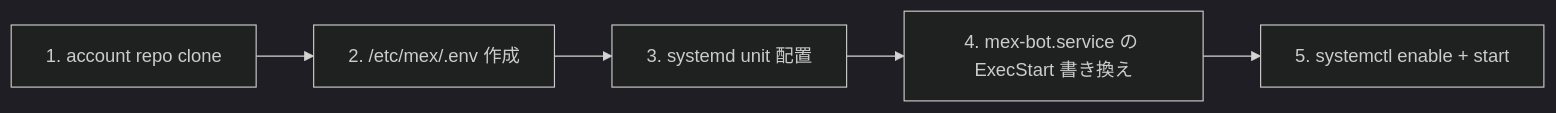
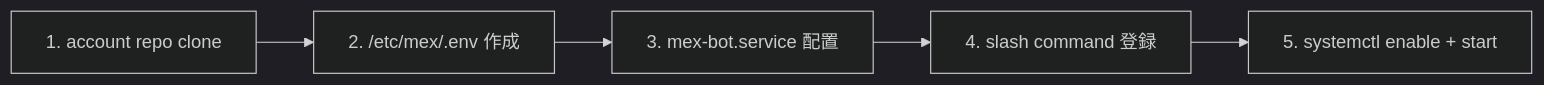
Before and after one commit to zumizumi-3/mex-next: the second of 2 diagrams in docs/operator/10-install.md, drawn with Mermaid (dark theme). The commit also changed other lines of this file and 20 other files, not shown here.

````diff
--- a/docs/operator/10-install.md
+++ b/docs/operator/10-install.md
@@ -111,7 +113,7 @@
 ```mermaid
 flowchart LR
     A[1. account repo clone] --> B[2. /etc/mex/<id>.env 作成]
-    B --> C[3. systemd unit 配置]
-    C --> D[4. mex-bot.service の ExecStart 書き換え]
+    B --> C[3. mex-bot.service 配置]
+    C --> D[4. slash command 登録]
     D --> E[5. systemctl enable + start]
 ```
````
